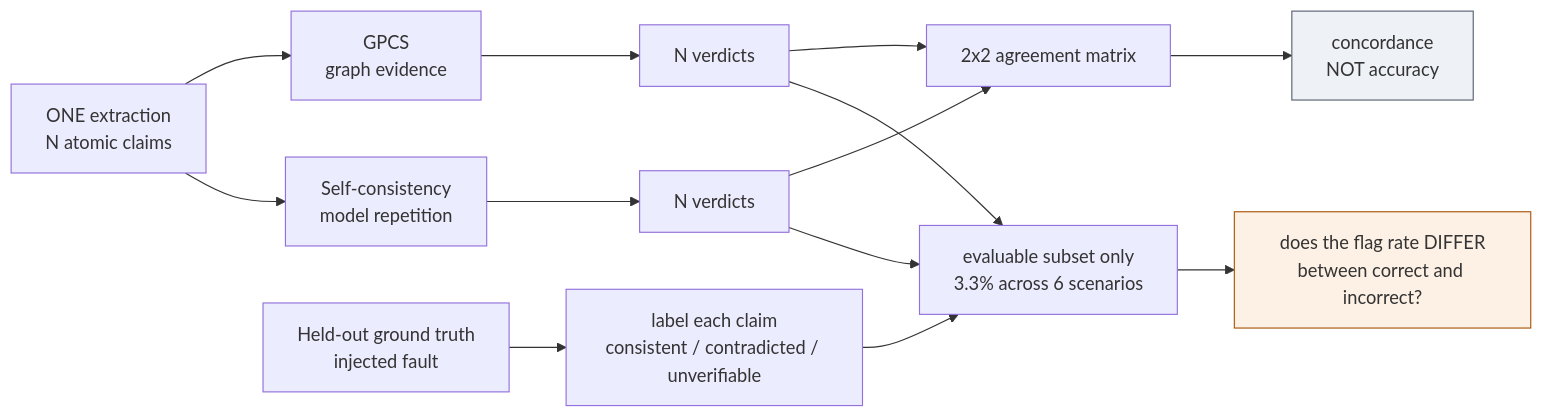
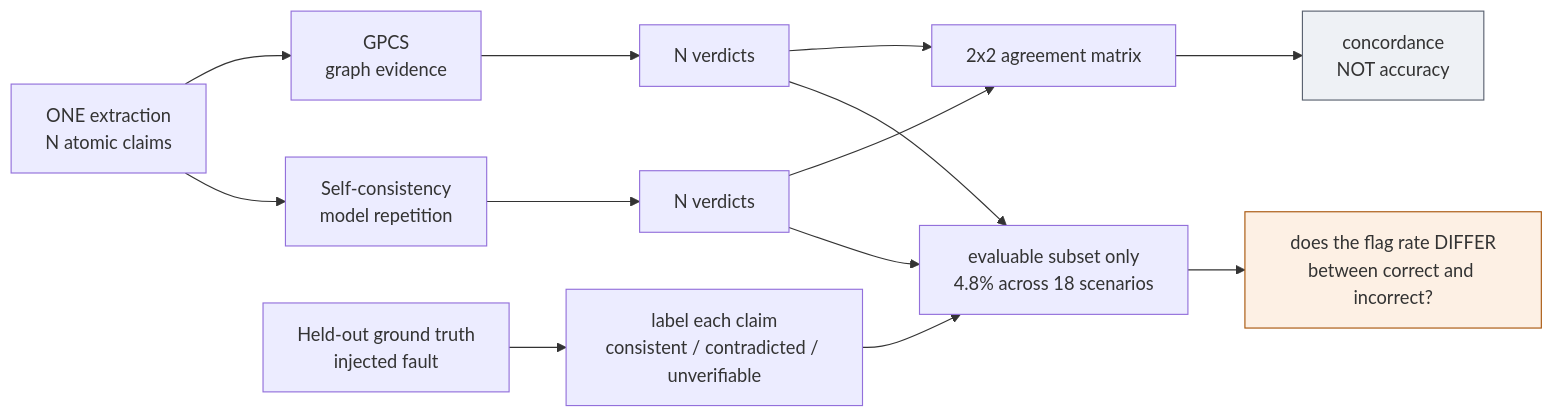
One commit to shivamshashank/CloudGraph changed the fifth of 5 diagrams in docs/MECHANISMS.md. Above: the diagram before and after it, drawn with Mermaid. The commit also changed other lines of this file and 77 other files, not shown here.

````diff
--- a/docs/MECHANISMS.md
+++ b/docs/MECHANISMS.md
@@ -415,19 +415,19 @@
 ```mermaid
 flowchart LR
     A["ONE extraction<br/>N atomic claims"] --> B["GPCS<br/>graph evidence"]
     A --> C["Self-consistency<br/>model repetition"]
     B --> D["N verdicts"]
     C --> E["N verdicts"]
     D --> F["2x2 agreement matrix"]
     E --> F
     F --> G["concordance<br/>NOT accuracy"]
 
     H["Held-out ground truth<br/>injected fault"] --> I["label each claim<br/>consistent / contradicted / unverifiable"]
-    I --> J["evaluable subset only<br/>3.3% across 6 scenarios"]
+    I --> J["evaluable subset only<br/>4.8% across 18 scenarios"]
     D --> J
     E --> J
     J --> K["does the flag rate DIFFER<br/>between correct and incorrect?"]
 
     style G fill:#eef1f5,stroke:#5a6270
     style K fill:#fdf0e4,stroke:#a8560c
 ```
````
